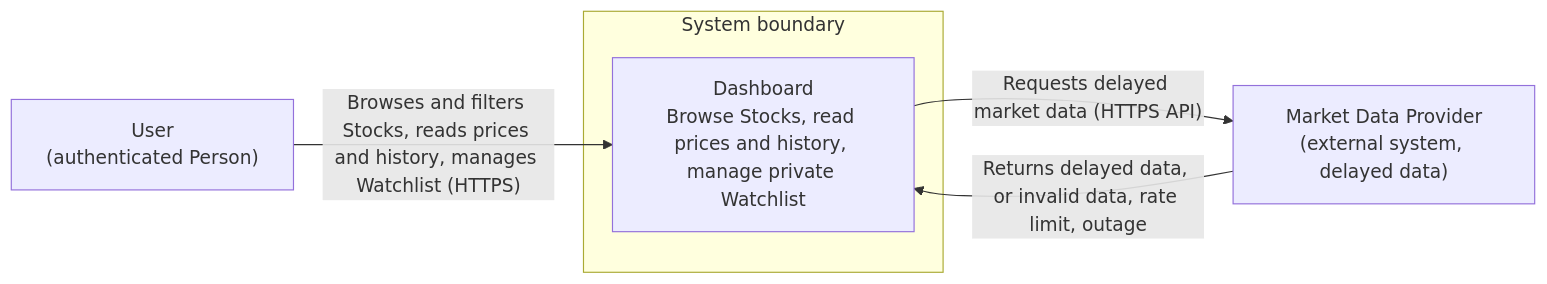
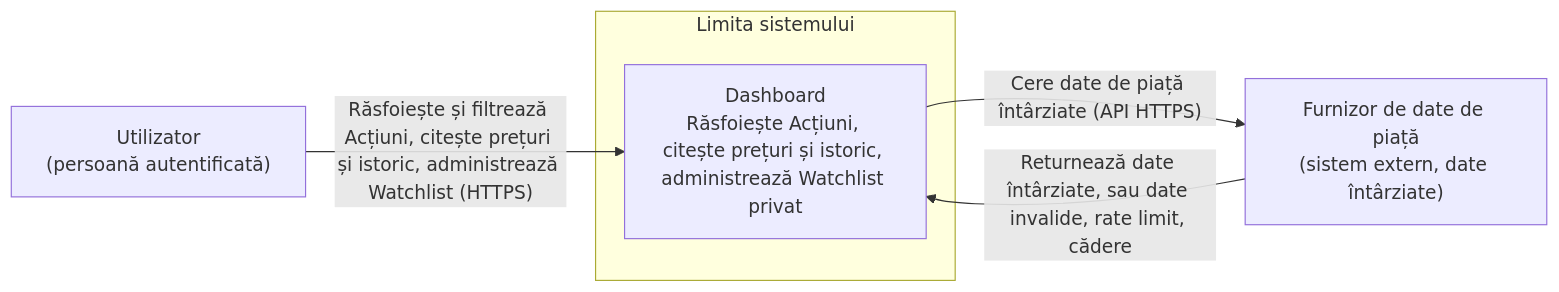
Before and after one commit to sainciucbeatricie/psi-labs: the first of 6 diagrams in lab3.md, drawn with Mermaid. The commit also changed other lines of this file, not shown here.

````diff
--- a/lab3.md
+++ b/lab3.md
@@ -31,12 +31,12 @@
 ```mermaid
 flowchart LR
-    User["User<br/>(authenticated Person)"]
-    subgraph Boundary["System boundary"]
-        Dashboard["Dashboard<br/>Browse Stocks, read prices and history, manage private Watchlist"]
+    User["Utilizator<br/>(persoană autentificată)"]
+    subgraph Boundary["Limita sistemului"]
+        Dashboard["Dashboard<br/>Răsfoiește Acțiuni, citește prețuri și istoric, administrează Watchlist privat"]
     end
-    Provider["Market Data Provider<br/>(external system, delayed data)"]
+    Provider["Furnizor de date de piață<br/>(sistem extern, date întârziate)"]
 
-    User -->|"Browses and filters Stocks, reads prices and history, manages Watchlist (HTTPS)"| Dashboard
-    Dashboard -->|"Requests delayed market data (HTTPS API)"| Provider
-    Provider -->|"Returns delayed data, or invalid data, rate limit, outage"| Dashboard
+    User -->|"Răsfoiește și filtrează Acțiuni, citește prețuri și istoric, administrează Watchlist (HTTPS)"| Dashboard
+    Dashboard -->|"Cere date de piață întârziate (API HTTPS)"| Provider
+    Provider -->|"Returnează date întârziate, sau date invalide, rate limit, cădere"| Dashboard
 ```
````
